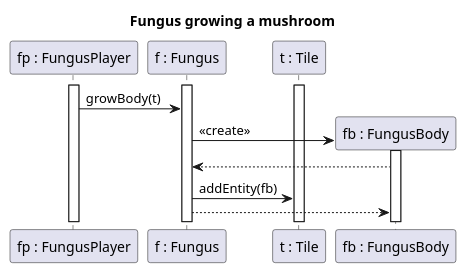
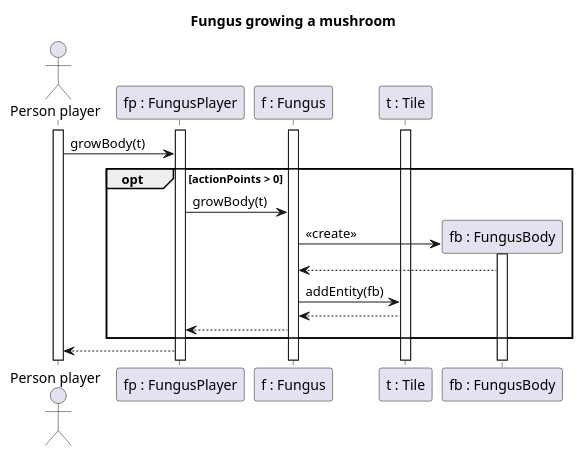
Before and after one commit to Harcipan/Projlab_nullpointerexception: the diagram in diagrams/diagramFiles/SQ_FungusMushroom.puml, drawn with PlantUML.

Commit message:
BAM BAM VALUE VALUE

```diff
--- a/diagrams/diagramFiles/SQ_FungusMushroom.puml
+++ b/diagrams/diagramFiles/SQ_FungusMushroom.puml
@@ -1,22 +1,29 @@
 @startuml Fungus mushroom
 
 title Fungus growing a mushroom
 
+actor "Person player" as Ac
 participant "fp : FungusPlayer" as Fp
 participant "f : Fungus" as F
 participant "t : Tile" as T
 participant "fb : FungusBody" as Fb
 
+activate Ac
 activate Fp
 activate F
 activate T
 
+Ac -> Fp : growBody(t)
+opt actionPoints > 0
 Fp -> F : growBody(t)
 F -> Fb ** : <<create>>
 activate Fb
 Fb --> F
 F -> T : addEntity(fb)
-F --> Fb
+T --> F
+F --> Fp
+end
+Fp --> Ac
 
 
 @enduml
```
